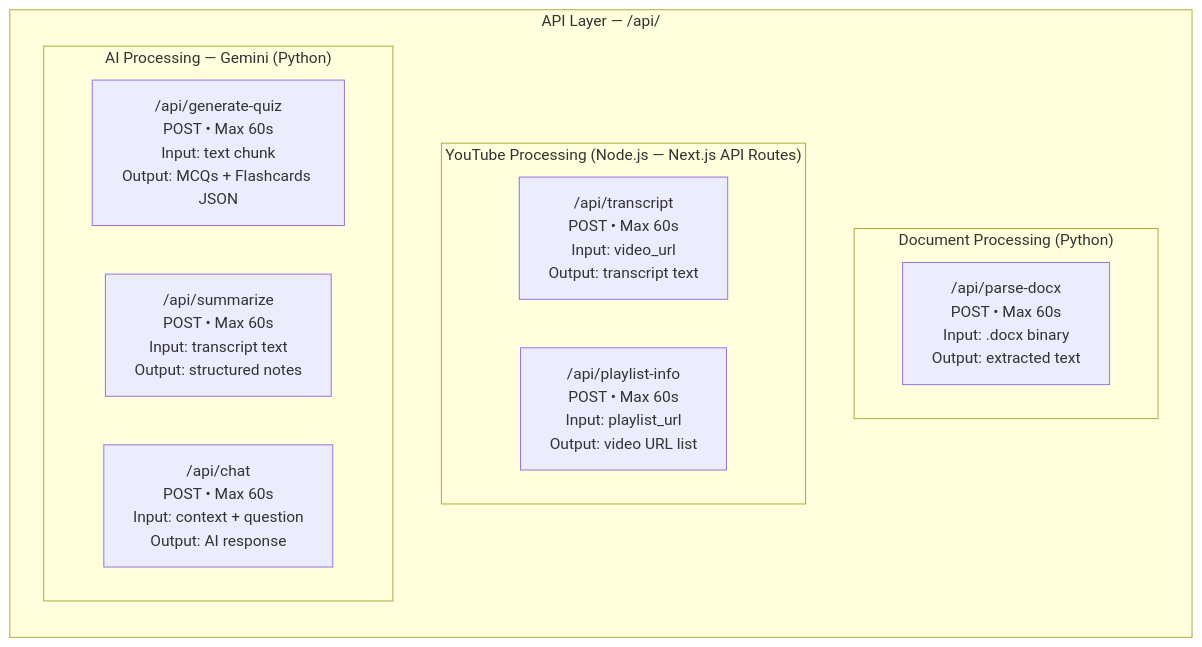
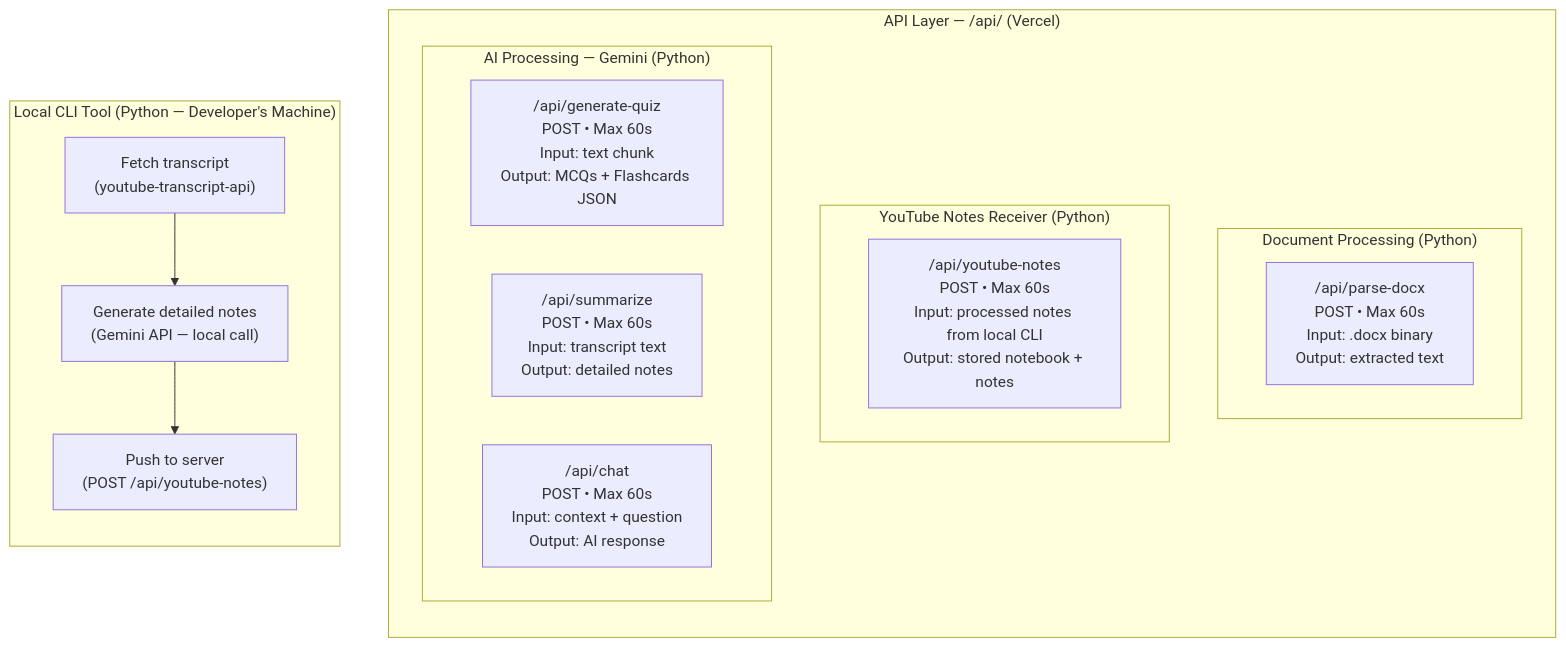
One commit to Strider221B/synapse-sync changed the third of 8 diagrams in documentation/design/high_level/02_system_architecture.md. Above: the diagram before and after it, drawn with Mermaid. The commit also changed other lines of this file and 7 other files, not shown here.

````diff
--- a/documentation/design/high_level/02_system_architecture.md
+++ b/documentation/design/high_level/02_system_architecture.md
@@ -168,21 +169,28 @@
 ```mermaid
 graph TD
-    subgraph "API Layer — /api/"
+    subgraph "API Layer — /api/ (Vercel)"
         direction TB
         
         subgraph "Document Processing (Python)"
             PARSE["/api/parse-docx<br/>POST • Max 60s<br/>Input: .docx binary<br/>Output: extracted text"]
         end
 
-        subgraph "YouTube Processing (Node.js — Next.js API Routes)"
-            TRANSCRIPT["/api/transcript<br/>POST • Max 60s<br/>Input: video_url<br/>Output: transcript text"]
-            PLAYLIST["/api/playlist-info<br/>POST • Max 60s<br/>Input: playlist_url<br/>Output: video URL list"]
+        subgraph "YouTube Notes Receiver (Python)"
+            YT_NOTES["/api/youtube-notes<br/>POST • Max 60s<br/>Input: processed notes from local CLI<br/>Output: stored notebook + notes"]
         end
 
         subgraph "AI Processing — Gemini (Python)"
             QUIZ_GEN["/api/generate-quiz<br/>POST • Max 60s<br/>Input: text chunk<br/>Output: MCQs + Flashcards JSON"]
-            SUMMARIZE_EP["/api/summarize<br/>POST • Max 60s<br/>Input: transcript text<br/>Output: structured notes"]
+            SUMMARIZE_EP["/api/summarize<br/>POST • Max 60s<br/>Input: transcript text<br/>Output: detailed notes"]
             CHAT_EP["/api/chat<br/>POST • Max 60s<br/>Input: context + question<br/>Output: AI response"]
         end
     end
+
+    subgraph "Local CLI Tool (Python — Developer's Machine)"
+        direction TB
+        FETCH["Fetch transcript<br/>(youtube-transcript-api)"]
+        GENERATE["Generate detailed notes<br/>(Gemini API — local call)"]
+        PUSH["Push to server<br/>(POST /api/youtube-notes)"]
+        FETCH --> GENERATE --> PUSH
+    end
 ```
````
